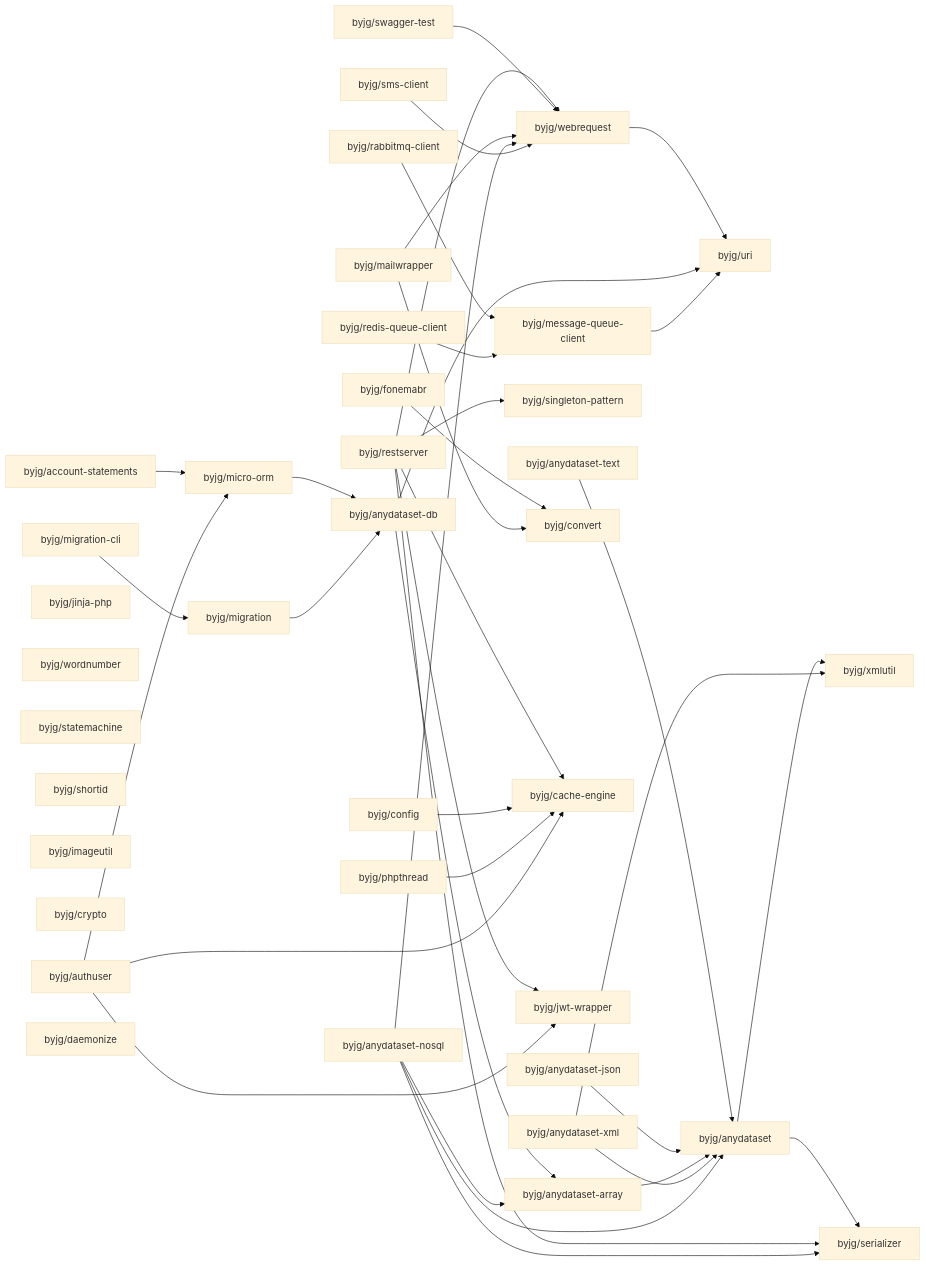
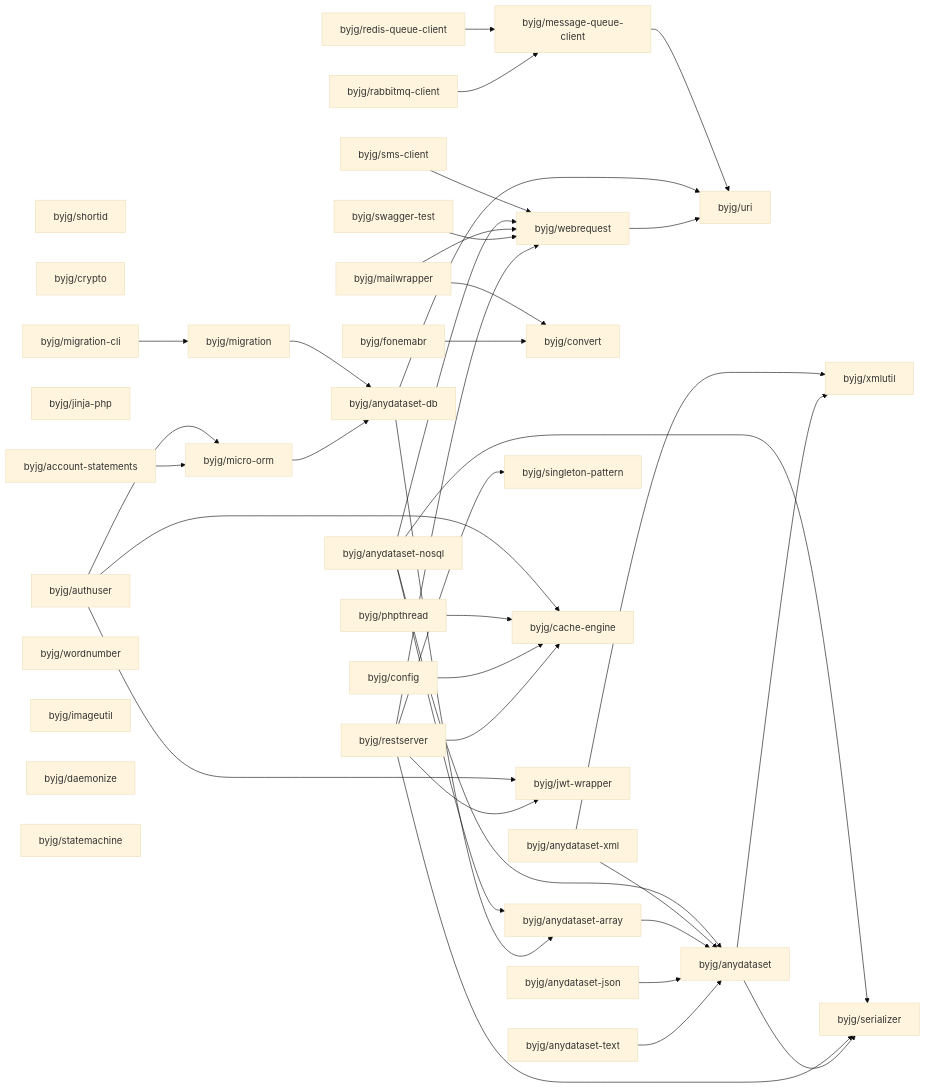
Before and after one commit to byjg/byjg.github.io: the diagram in docs/php/README.md, drawn with Mermaid (base theme). The commit also changed other lines of this file and 1 other file, not shown here.

Commit message:
Update documentation 'php' 'php-jwt-wrapper'

````diff
--- a/docs/php/README.md
+++ b/docs/php/README.md
@@ -3,76 +3,76 @@
 ```mermaid
 graph LR;
-  byjg/restserver;
+  byjg/shortid;
+  byjg/anydataset-json;
+  byjg/phpthread;
+  byjg/crypto;
+  byjg/migration-cli;
+  byjg/jinja-php;
+  byjg/redis-queue-client;
+  byjg/authuser;
   byjg/sms-client;
   byjg/account-statements;
-  byjg/anydataset-text;
-  byjg/migration-cli;
-  byjg/jinja-php;
   byjg/wordnumber;
-  byjg/statemachine;
-  byjg/redis-queue-client;
-  byjg/shortid;
-  byjg/anydataset-xml;
+  byjg/fonemabr;
   byjg/imageutil;
   byjg/mailwrapper;
+  byjg/anydataset-xml;
+  byjg/daemonize;
+  byjg/config;
+  byjg/anydataset-text;
+  byjg/statemachine;
+  byjg/swagger-test;
   byjg/rabbitmq-client;
-  byjg/phpthread;
-  byjg/swagger-test;
-  byjg/fonemabr;
-  byjg/crypto;
-  byjg/config;
-  byjg/anydataset-json;
-  byjg/authuser;
+  byjg/restserver;
   byjg/anydataset-nosql;
-  byjg/daemonize;
+  byjg/migration;
+  byjg/micro-orm;
+  byjg/convert;
+  byjg/message-queue-client;
   byjg/singleton-pattern;
-  byjg/migration;
-  byjg/message-queue-client;
-  byjg/convert;
-  byjg/micro-orm;
   byjg/cache-engine;
   byjg/jwt-wrapper;
   byjg/webrequest;
   byjg/anydataset-db;
   byjg/anydataset-array;
   byjg/uri;
   byjg/anydataset;
   byjg/serializer;
   byjg/xmlutil;
   byjg/sms-client --> byjg/webrequest;
   byjg/anydataset-nosql --> byjg/anydataset;
   byjg/anydataset-nosql --> byjg/anydataset-array;
   byjg/anydataset-nosql --> byjg/serializer;
   byjg/anydataset-nosql --> byjg/webrequest;
   byjg/anydataset-xml --> byjg/anydataset;
   byjg/anydataset-xml --> byjg/xmlutil;
   byjg/message-queue-client --> byjg/uri;
   byjg/redis-queue-client --> byjg/message-queue-client;
   byjg/authuser --> byjg/micro-orm;
   byjg/authuser --> byjg/cache-engine;
   byjg/authuser --> byjg/jwt-wrapper;
   byjg/mailwrapper --> byjg/convert;
   byjg/mailwrapper --> byjg/webrequest;
   byjg/anydataset-array --> byjg/anydataset;
   byjg/account-statements --> byjg/micro-orm;
   byjg/phpthread --> byjg/cache-engine;
   byjg/fonemabr --> byjg/convert;
   byjg/migration --> byjg/anydataset-db;
   byjg/micro-orm --> byjg/anydataset-db;
   byjg/swagger-test --> byjg/webrequest;
   byjg/anydataset-db --> byjg/anydataset-array;
   byjg/anydataset-db --> byjg/uri;
   byjg/config --> byjg/cache-engine;
   byjg/anydataset-json --> byjg/anydataset;
   byjg/anydataset-text --> byjg/anydataset;
   byjg/rabbitmq-client --> byjg/message-queue-client;
   byjg/restserver --> byjg/serializer;
   byjg/restserver --> byjg/singleton-pattern;
   byjg/restserver --> byjg/cache-engine;
   byjg/restserver --> byjg/webrequest;
   byjg/restserver --> byjg/jwt-wrapper;
   byjg/anydataset --> byjg/serializer;
   byjg/anydataset --> byjg/xmlutil;
   byjg/webrequest --> byjg/uri;
   byjg/migration-cli --> byjg/migration;
 ```
````
